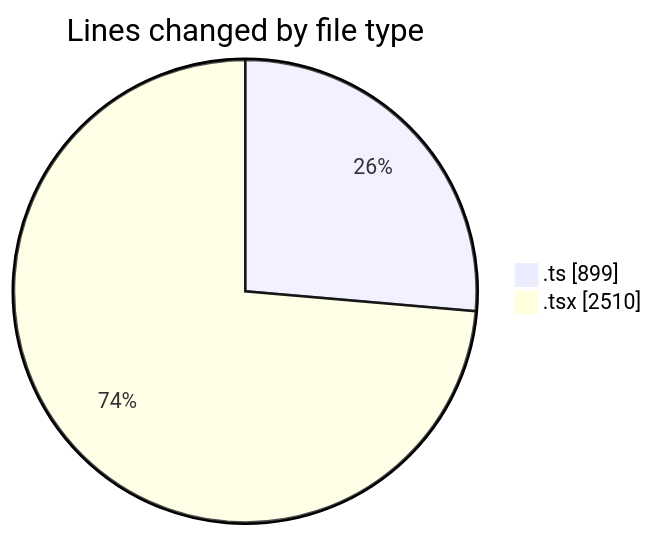
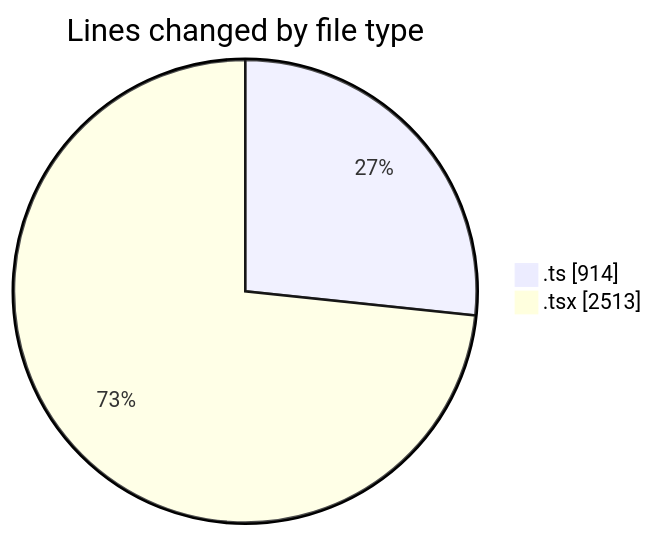
The first of 2 diagrams in 2026-03-11/nxtqube_webapp/README.md (nxtqubesakshisongat/code-tracking), drawn with Mermaid before and after one commit. The commit also changed other lines of this file and 1 other file, not shown here.

````diff
--- a/2026-03-11/nxtqube_webapp/README.md
+++ b/2026-03-11/nxtqube_webapp/README.md
@@ -27,6 +27,6 @@
 ```mermaid
 pie showData
 title Lines changed by file type
-".ts" : 899
-".tsx" : 2510
+".ts" : 914
+".tsx" : 2513
 ```
````
